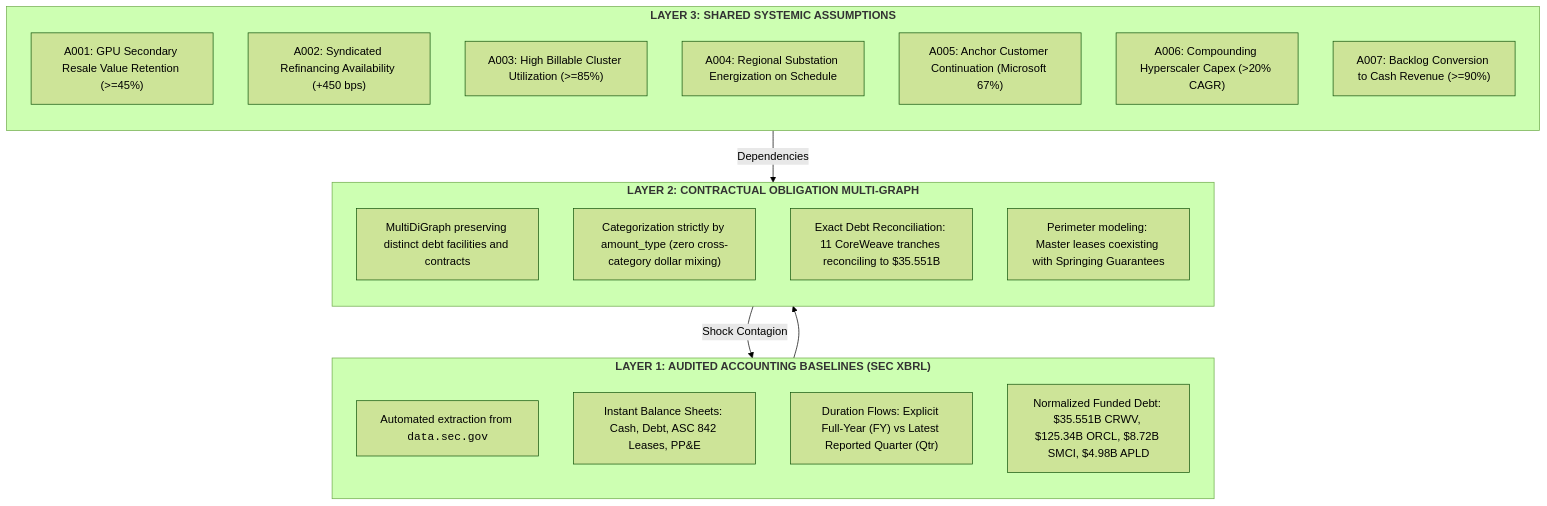
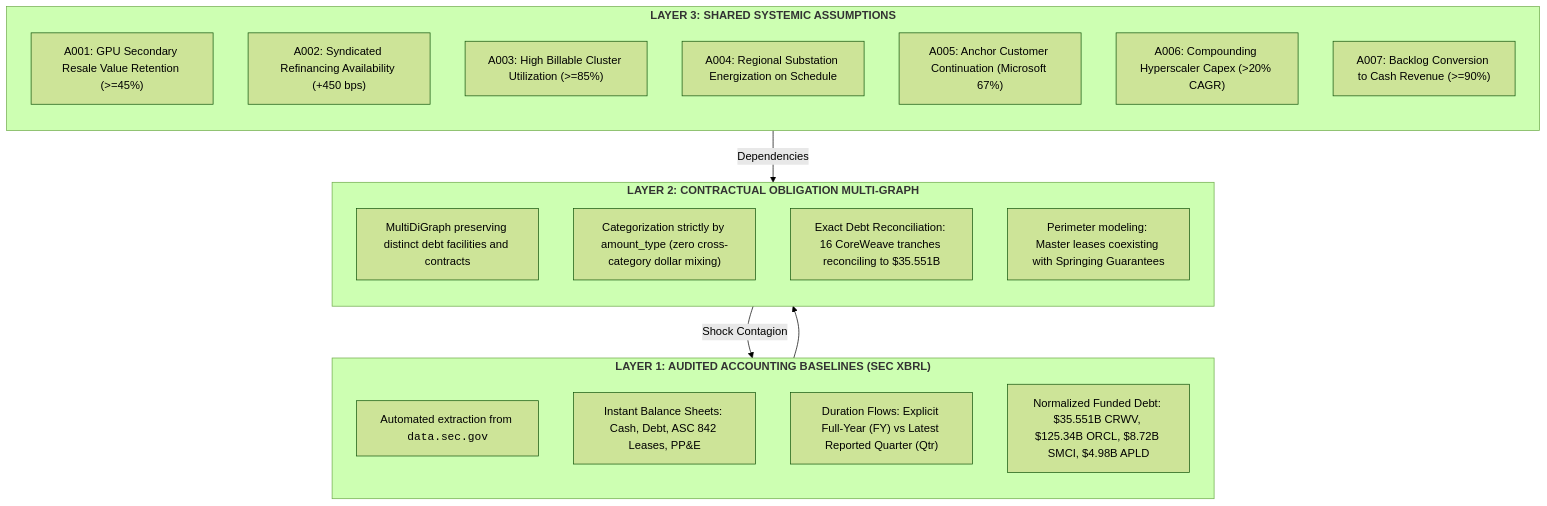
One commit to admiralorbiter/computational-sketchbook changed the second of 2 diagrams in 2026/2026-09-28-ai-infrastructure-network/README.md. Above: the diagram before and after it, drawn with Mermaid (forest theme). The commit also changed other lines of this file and 31 other files, not shown here.

````diff
--- a/2026/2026-09-28-ai-infrastructure-network/README.md
+++ b/2026/2026-09-28-ai-infrastructure-network/README.md
@@ -48,33 +48,33 @@
 ```mermaid
 flowchart TD
     subgraph L1["<b>LAYER 1: AUDITED ACCOUNTING BASELINES (SEC XBRL)</b>"]
         direction TB
         F1["Automated extraction from <code>data.sec.gov</code>"]
         F2["Instant Balance Sheets: Cash, Debt, ASC 842 Leases, PP&E"]
         F3["Duration Flows: Explicit Full-Year (FY) vs Latest Reported Quarter (Qtr)"]
         F4["Normalized Funded Debt: $35.551B CRWV, $125.34B ORCL, $8.72B SMCI, $4.98B APLD"]
     end
 
     subgraph L2["<b>LAYER 2: CONTRACTUAL OBLIGATION MULTI-GRAPH</b>"]
         direction TB
         O1["MultiDiGraph preserving distinct debt facilities and contracts"]
         O2["Categorization strictly by amount_type (zero cross-category dollar mixing)"]
-        O3["Exact Debt Reconciliation: 11 CoreWeave tranches reconciling to $35.551B"]
+        O3["Exact Debt Reconciliation: 16 CoreWeave tranches reconciling to $35.551B"]
         O4["Perimeter modeling: Master leases coexisting with Springing Guarantees"]
     end
 
     subgraph L3["<b>LAYER 3: SHARED SYSTEMIC ASSUMPTIONS</b>"]
         direction TB
         A1["A001: GPU Secondary Resale Value Retention (>=45%)"]
         A2["A002: Syndicated Refinancing Availability (+450 bps)"]
         A3["A003: High Billable Cluster Utilization (>=85%)"]
         A4["A004: Regional Substation Energization on Schedule"]
         A5["A005: Anchor Customer Continuation (Microsoft 67%)"]
         A6["A006: Compounding Hyperscaler Capex (>20% CAGR)"]
         A7["A007: Backlog Conversion to Cash Revenue (>=90%)"]
     end
 
     L1 --> L2
     L3 -->|Dependencies| L2
     L2 -->|Shock Contagion| L1
 ```
````
